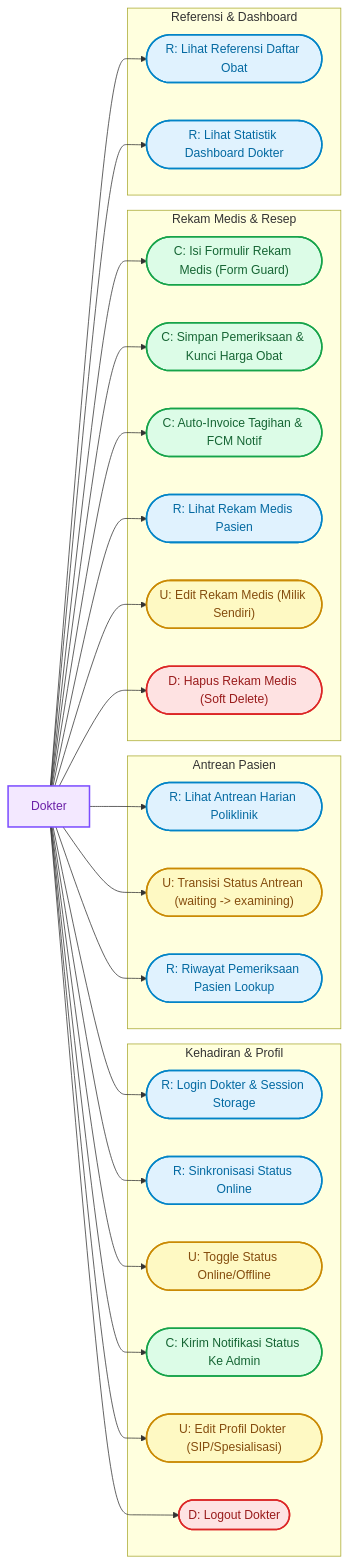
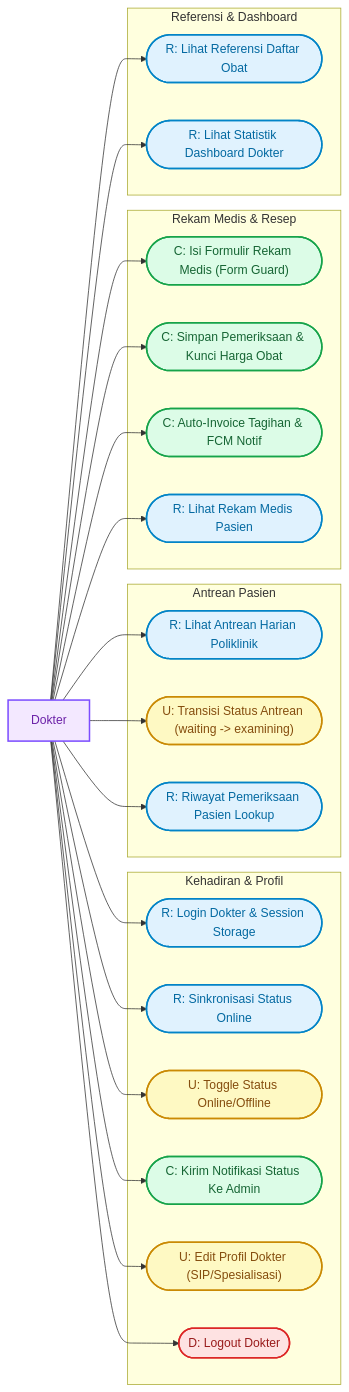
The third of 5 diagrams in dokumentasi/USECASE_DIAGRAM.md (Rezi14/NalaSeva-Mobile-Test), drawn with Mermaid before and after one commit. The commit also changed other lines of this file and 6 other files, not shown here.

````diff
--- a/dokumentasi/USECASE_DIAGRAM.md
+++ b/dokumentasi/USECASE_DIAGRAM.md
@@ -323,57 +317,53 @@
 ```mermaid
 flowchart LR
   classDef actorStyle fill:#f3e8ff,stroke:#7c4dff,stroke-width:2px,color:#6b21a8;
   classDef cStyle fill:#dcfce7,stroke:#16a34a,stroke-width:2px,color:#166534;
   classDef rStyle fill:#e0f2fe,stroke:#0284c7,stroke-width:2px,color:#0369a1;
   classDef uStyle fill:#fef9c3,stroke:#ca8a04,stroke-width:2px,color:#854d0e;
   classDef dStyle fill:#fee2e2,stroke:#dc2626,stroke-width:2px,color:#991b1b;
 
   Dokter[Dokter]:::actorStyle
 
   subgraph Kehadiran ["Kehadiran & Profil"]
     R0(["R: Login Dokter & Session Storage"]):::rStyle
     R1(["R: Sinkronisasi Status Online"]):::rStyle
     U0(["U: Toggle Status Online/Offline"]):::uStyle
     C0(["C: Kirim Notifikasi Status Ke Admin"]):::cStyle
     U1(["U: Edit Profil Dokter (SIP/Spesialisasi)"]):::uStyle
     D0(["D: Logout Dokter"]):::dStyle
   end
 
   subgraph AntreanD ["Antrean Pasien"]
     R2(["R: Lihat Antrean Harian Poliklinik"]):::rStyle
     U2(["U: Transisi Status Antrean (waiting -> examining)"]):::uStyle
     R3(["R: Riwayat Pemeriksaan Pasien Lookup"]):::rStyle
   end
 
   subgraph RekamMedisD ["Rekam Medis & Resep"]
     C1(["C: Isi Formulir Rekam Medis (Form Guard)"]):::cStyle
     C2(["C: Simpan Pemeriksaan & Kunci Harga Obat"]):::cStyle
     C3(["C: Auto-Invoice Tagihan & FCM Notif"]):::cStyle
     R4(["R: Lihat Rekam Medis Pasien"]):::rStyle
-    U3(["U: Edit Rekam Medis (Milik Sendiri)"]):::uStyle
-    D1(["D: Hapus Rekam Medis (Soft Delete)"]):::dStyle
   end
 
   subgraph Referensi ["Referensi & Dashboard"]
     R5(["R: Lihat Referensi Daftar Obat"]):::rStyle
     R6(["R: Lihat Statistik Dashboard Dokter"]):::rStyle
   end
 
   Dokter --> R0
   Dokter --> R1
   Dokter --> U0
   Dokter --> C0
   Dokter --> U1
   Dokter --> D0
   Dokter --> R2
   Dokter --> U2
   Dokter --> R3
   Dokter --> C1
   Dokter --> C2
   Dokter --> C3
   Dokter --> R4
-  Dokter --> U3
-  Dokter --> D1
   Dokter --> R5
   Dokter --> R6
 ```
````
